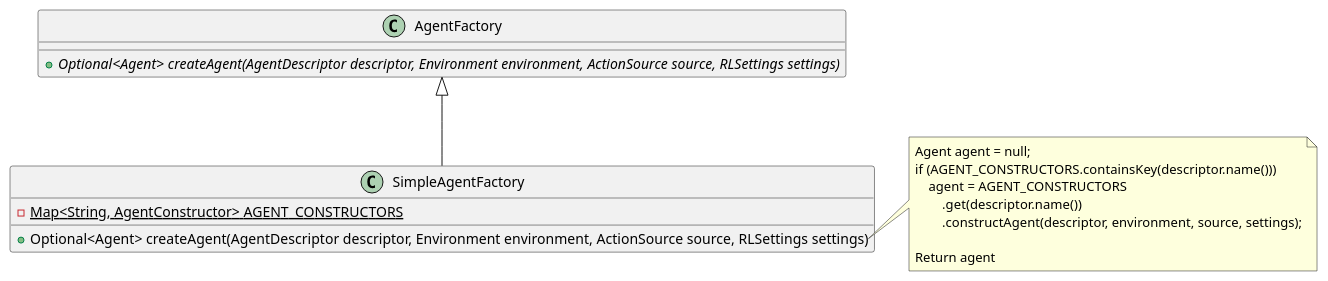
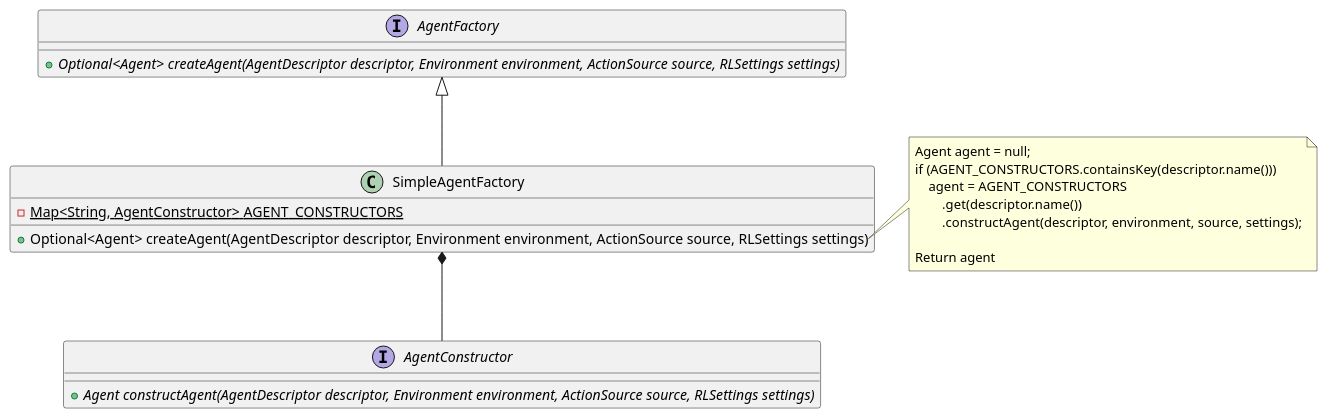
Before and after one commit to jatsqi/ASE-Reinforcement-Learning: the diagram in uml/openClosedNegative.puml, drawn with PlantUML. The commit also changed 4 other files, not shown here.

```diff
--- a/uml/openClosedNegative.puml
+++ b/uml/openClosedNegative.puml
@@ -1,25 +1,30 @@
 @startuml
 'https://plantuml.com/class-diagram
 
-class AgentFactory {
+interface AgentFactory {
     +{abstract}Optional<Agent> createAgent(AgentDescriptor descriptor, Environment environment, ActionSource source, RLSettings settings)
+}
+
+interface AgentConstructor {
+    +{abstract} Agent constructAgent(AgentDescriptor descriptor, Environment environment, ActionSource source, RLSettings settings)
 }
 
 class SimpleAgentFactory {
     -{static} Map<String, AgentConstructor> AGENT_CONSTRUCTORS
     +Optional<Agent> createAgent(AgentDescriptor descriptor, Environment environment, ActionSource source, RLSettings settings)
 }
 
 note right of SimpleAgentFactory::createAgent
     Agent agent = null;
     if (AGENT_CONSTRUCTORS.containsKey(descriptor.name()))
         agent = AGENT_CONSTRUCTORS
             .get(descriptor.name())
             .constructAgent(descriptor, environment, source, settings);
 
     Return agent
 end note
 
+SimpleAgentFactory *-- AgentConstructor
 AgentFactory <|-- SimpleAgentFactory
 
 @enduml
```
